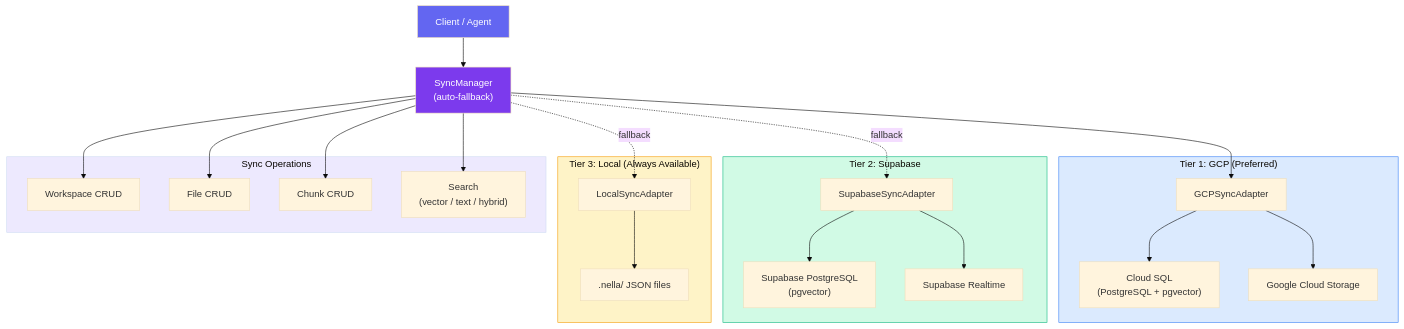
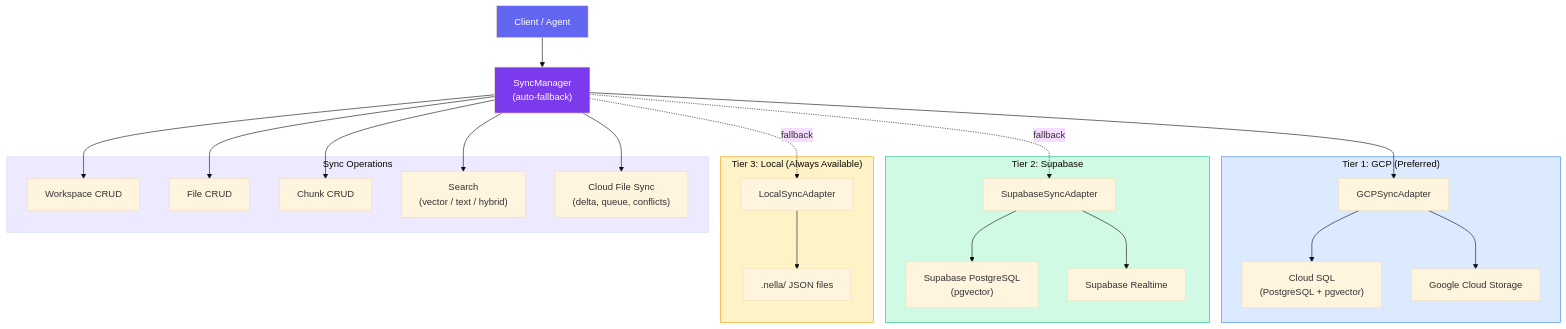
Before and after one commit to nella-labs/nella: diagram 14 of 20 in docs/architecture.md, drawn with Mermaid (base theme). The commit also changed other lines of this file and 13 other files, not shown here.

````diff
--- a/docs/architecture.md
+++ b/docs/architecture.md
@@ -789,54 +791,56 @@
 ```mermaid
 graph TB
     Client["Client / Agent"]
 
     SyncMgr["SyncManager<br/>(auto-fallback)"]
 
     subgraph tier1["Tier 1: GCP (Preferred)"]
         GCPAdapter["GCPSyncAdapter"]
         CloudSQL["Cloud SQL<br/>(PostgreSQL + pgvector)"]
         GCS["Google Cloud Storage"]
     end
 
     subgraph tier2["Tier 2: Supabase"]
         SupaAdapter["SupabaseSyncAdapter"]
         SupaDB["Supabase PostgreSQL<br/>(pgvector)"]
         SupaRT["Supabase Realtime"]
     end
 
     subgraph tier3["Tier 3: Local (Always Available)"]
         LocalAdapter["LocalSyncAdapter"]
         JSONFiles[".nella/ JSON files"]
     end
 
     subgraph operations["Sync Operations"]
         WS_CRUD["Workspace CRUD"]
         File_CRUD["File CRUD"]
         Chunk_CRUD["Chunk CRUD"]
         Search["Search<br/>(vector / text / hybrid)"]
+        CloudFileSync["Cloud File Sync<br/>(delta, queue, conflicts)"]
     end
 
     Client --> SyncMgr
     SyncMgr --> GCPAdapter
     GCPAdapter --> CloudSQL
     GCPAdapter --> GCS
 
     SyncMgr -.->|"fallback"| SupaAdapter
     SupaAdapter --> SupaDB
     SupaAdapter --> SupaRT
 
     SyncMgr -.->|"fallback"| LocalAdapter
     LocalAdapter --> JSONFiles
 
     SyncMgr --> WS_CRUD
     SyncMgr --> File_CRUD
     SyncMgr --> Chunk_CRUD
     SyncMgr --> Search
+    SyncMgr --> CloudFileSync
 
     style Client fill:#6366f1,color:#fff
     style SyncMgr fill:#7c3aed,color:#fff
     style tier1 fill:#dbeafe,stroke:#3b82f6
     style tier2 fill:#d1fae5,stroke:#10b981
     style tier3 fill:#fef3c7,stroke:#f59e0b
     style operations fill:#ede9fe
 ```
````
